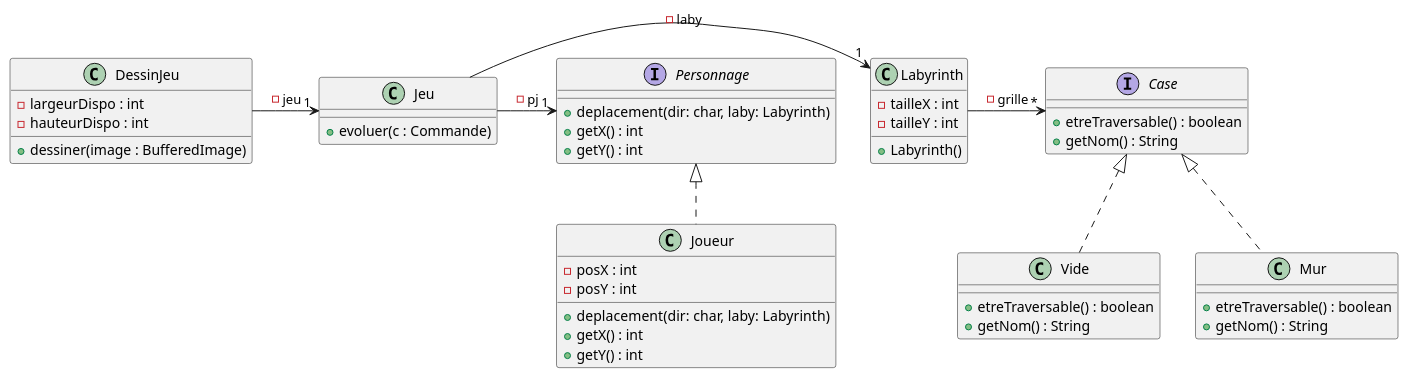
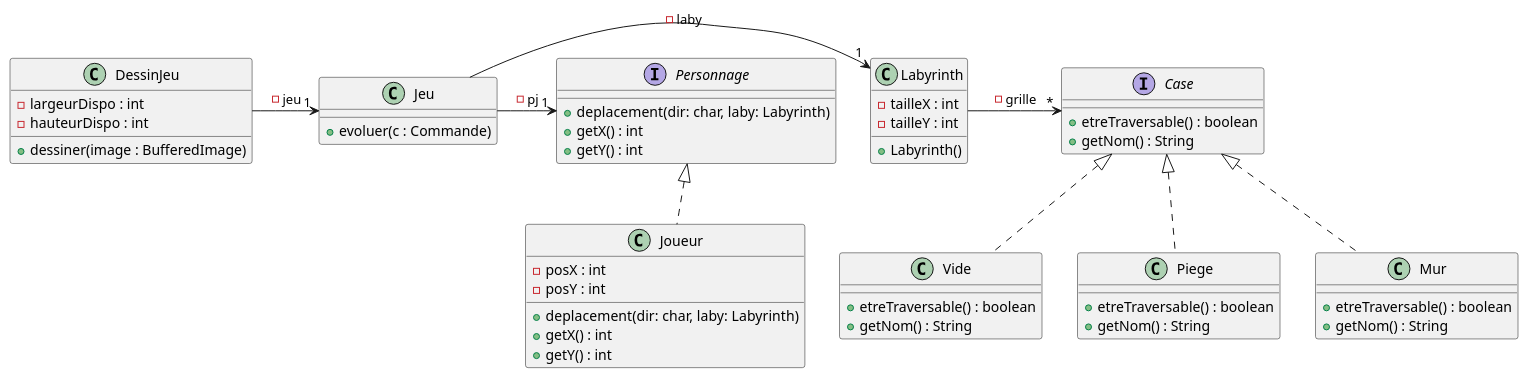
One commit to Zayd54500/2026_COO_Zeldiablo_ZB_VJ_HD_MM changed the diagram in projet_zeldiablo/documents/version_3/DiagrammeClassV3.puml. Above: the diagram before and after it, drawn with PlantUML. The commit also changed 1 other file, not shown here.

Commit message:
Ajout du diagramme de classe pour la v3

```diff
--- a/projet_zeldiablo/documents/version_3/DiagrammeClassV3.puml
+++ b/projet_zeldiablo/documents/version_3/DiagrammeClassV3.puml
@@ -1,47 +1,51 @@
 @startuml
 'https://plantuml.com/class-diagram
 class DessinJeu{
 - largeurDispo : int
 - hauteurDispo : int
 + dessiner(image : BufferedImage)
 }
 class Jeu{
 + evoluer(c : Commande)
 }
 interface Case{
 + etreTraversable() : boolean
 + getNom() : String
 }
 class Mur implements Case{
 + etreTraversable() : boolean
 + getNom() : String
 }
 class Vide implements Case{
 + etreTraversable() : boolean
 + getNom() : String
+}
+class Piege implements Case {
++etreTraversable() : boolean
++getNom() : String
 }
 interface Personnage {
 + deplacement(dir: char, laby: Labyrinth)
 + getX() : int
 + getY() : int
 }
 
 class Labyrinth {
 - tailleX : int
 - tailleY : int
 + Labyrinth()
 
 }
 
 class Joueur implements Personnage {
 - posX : int
 - posY : int
 + deplacement(dir: char, laby: Labyrinth)
 + getX() : int
 + getY() : int
 }
 DessinJeu -> "1" Jeu : -jeu
 Jeu -> "1" Labyrinth : -laby
 Jeu -> "1" Personnage : -pj
 Labyrinth -> "*" Case : -grille
 @enduml
```
